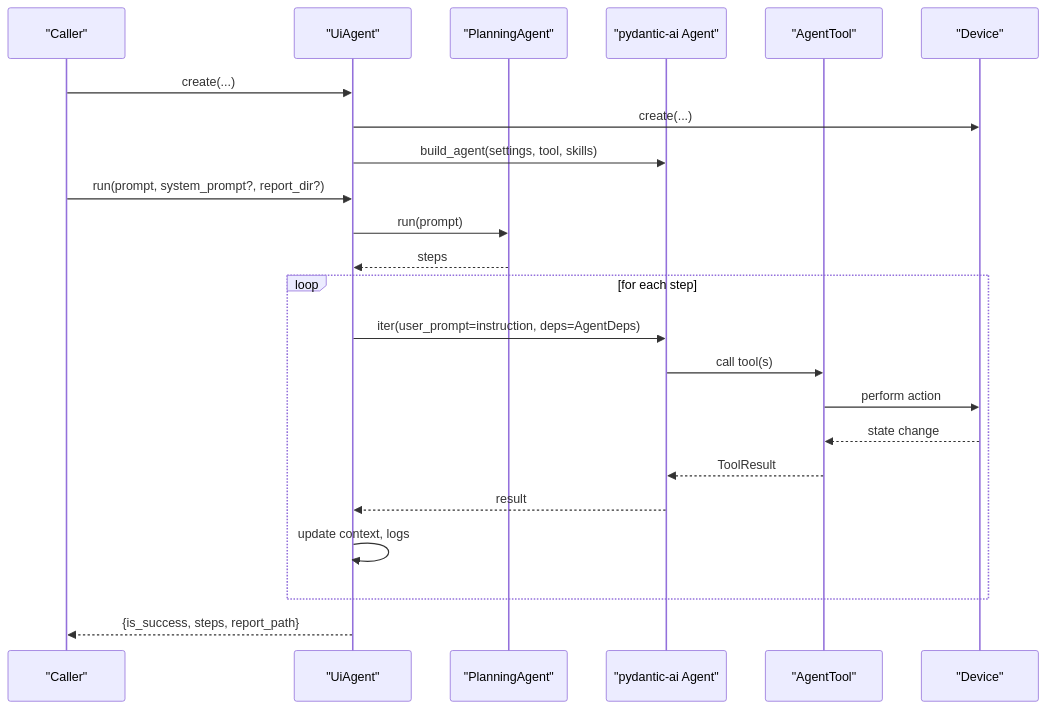
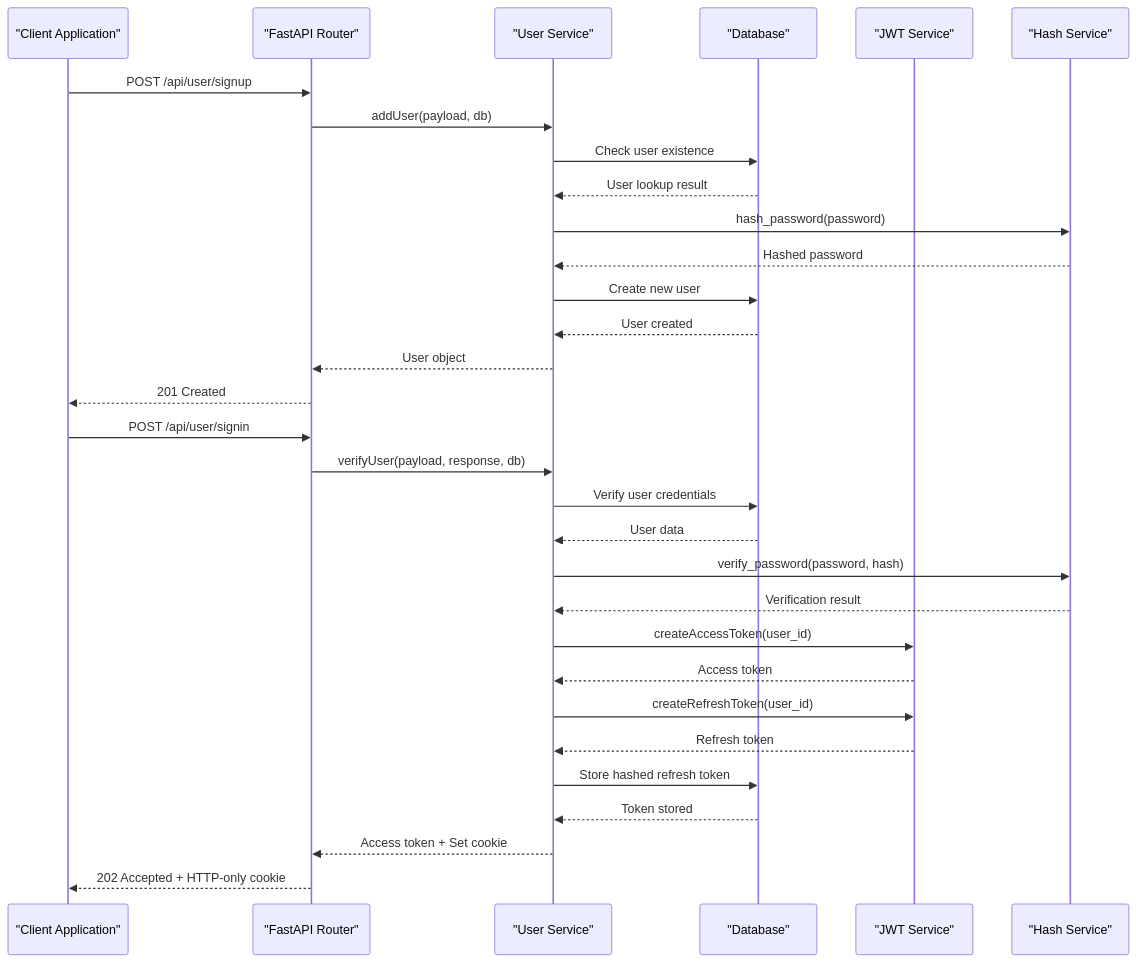
One commit to srikant-panda/auth-service changed the second of 4 diagrams in .qoder/repowiki/en/content/API Reference/API Reference.md. Above: the diagram before and after it, drawn with Mermaid. The commit also changed other lines of this file and 9 other files, not shown here.

````diff
--- a/.qoder/repowiki/en/content/API Reference/API Reference.md
+++ b/.qoder/repowiki/en/content/API Reference/API Reference.md
@@ -138,25 +110,33 @@
 ```mermaid
 sequenceDiagram
-participant User as "Caller"
-participant UA as "UiAgent"
-participant PA as "PlanningAgent"
-participant Agent as "pydantic-ai Agent"
-participant Tool as "AgentTool"
-participant Dev as "Device"
-User->>UA : create(...)
-UA->>Dev : create(...)
-UA->>Agent : build_agent(settings, tool, skills)
-User->>UA : run(prompt, system_prompt?, report_dir?)
-UA->>PA : run(prompt)
-PA-->>UA : steps
-loop for each step
-UA->>Agent : iter(user_prompt=instruction, deps=AgentDeps)
-Agent->>Tool : call tool(s)
-Tool->>Dev : perform action
-Dev-->>Tool : state change
-Tool-->>Agent : ToolResult
-Agent-->>UA : result
-UA->>UA : update context, logs
-end
-UA-->>User : {is_success, steps, report_path}
+participant Client as "Client Application"
+participant API as "FastAPI Router"
+participant Service as "User Service"
+participant DB as "Database"
+participant JWT as "JWT Service"
+participant Hash as "Hash Service"
+Client->>API : POST /api/user/signup
+API->>Service : addUser(payload, db)
+Service->>DB : Check user existence
+DB-->>Service : User lookup result
+Service->>Hash : hash_password(password)
+Hash-->>Service : Hashed password
+Service->>DB : Create new user
+DB-->>Service : User created
+Service-->>API : User object
+API-->>Client : 201 Created
+Client->>API : POST /api/user/signin
+API->>Service : verifyUser(payload, response, db)
+Service->>DB : Verify user credentials
+DB-->>Service : User data
+Service->>Hash : verify_password(password, hash)
+Hash-->>Service : Verification result
+Service->>JWT : createAccessToken(user_id)
+JWT-->>Service : Access token
+Service->>JWT : createRefreshToken(user_id)
+JWT-->>Service : Refresh token
+Service->>DB : Store hashed refresh token
+DB-->>Service : Token stored
+Service-->>API : Access token + Set cookie
+API-->>Client : 202 Accepted + HTTP-only cookie
 ```
````
